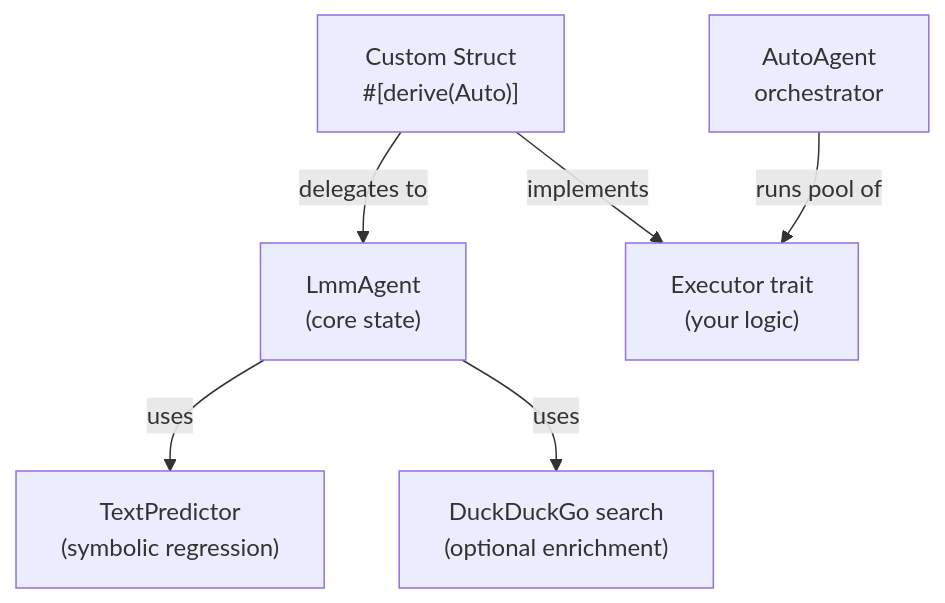
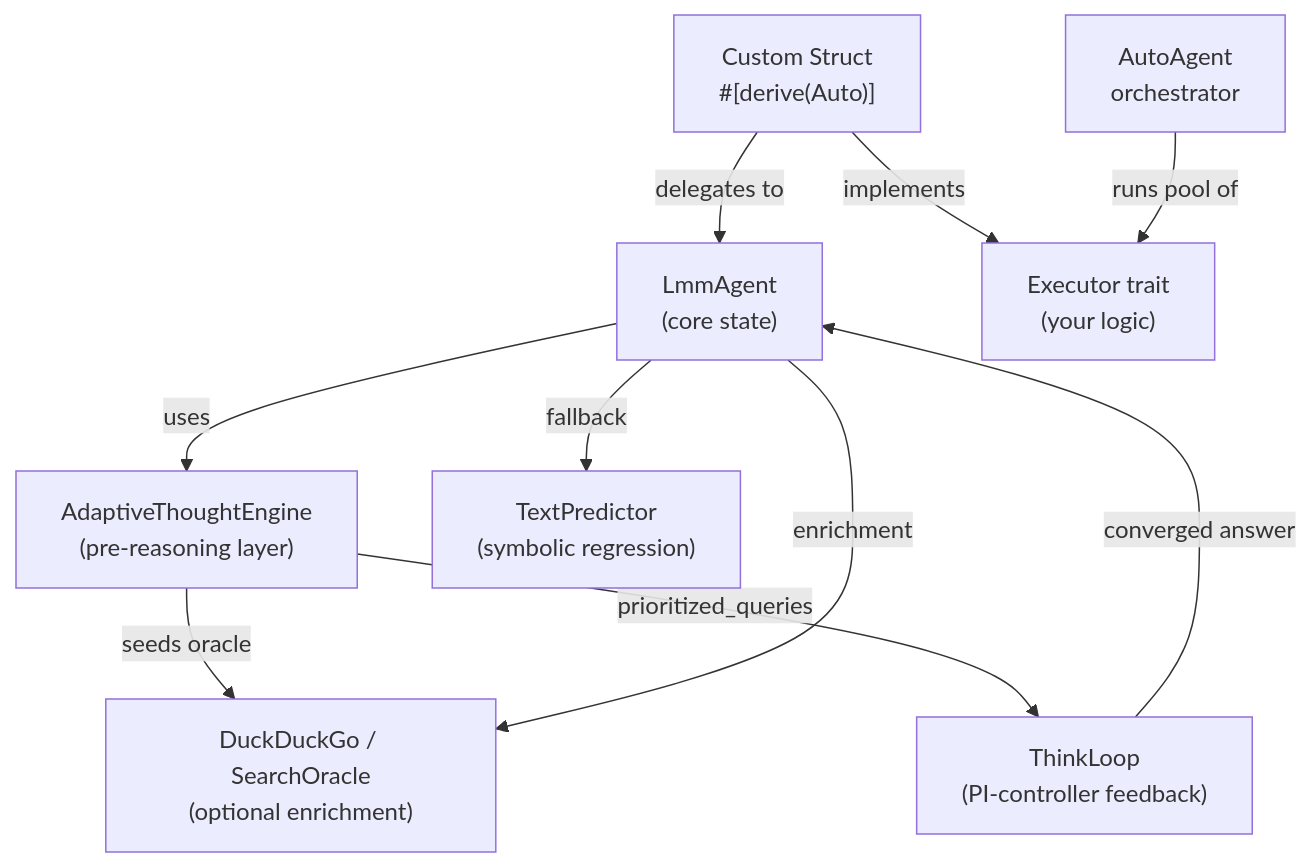
The diagram in AGENT.md (wiseaidotdev/lmm), drawn with Mermaid before and after one commit. The commit also changed other lines of this file and 37 other files, not shown here.

Commit message:
feat: impl adaptive thought engine (ate) layer for a thoughtful thinking. (#54)

````diff
--- a/AGENT.md
+++ b/AGENT.md
@@ -15,15 +15,21 @@
 ```mermaid
 flowchart TD
     U["Custom Struct\n#[derive(Auto)]"]
     L["LmmAgent\n(core state)"]
     E["Executor trait\n(your logic)"]
     O["AutoAgent\norchestrator"]
+    ATE["AdaptiveThoughtEngine\n(pre-reasoning layer)"]
     G["TextPredictor\n(symbolic regression)"]
-    S["DuckDuckGo search\n(optional enrichment)"]
+    S["DuckDuckGo / SearchOracle\n(optional enrichment)"]
+    TL["ThinkLoop\n(PI-controller feedback)"]
 
     U -->|"delegates to"| L
     U -->|"implements"| E
     O -->|"runs pool of"| E
-    L -->|"uses"| G
-    L -->|"uses"| S
+    L -->|"uses"| ATE
+    ATE -->|"seeds oracle"| S
+    ATE -->|"prioritized_queries"| TL
+    TL -->|"converged answer"| L
+    L -->|"fallback"| G
+    L -->|"enrichment"| S
 ```
````
